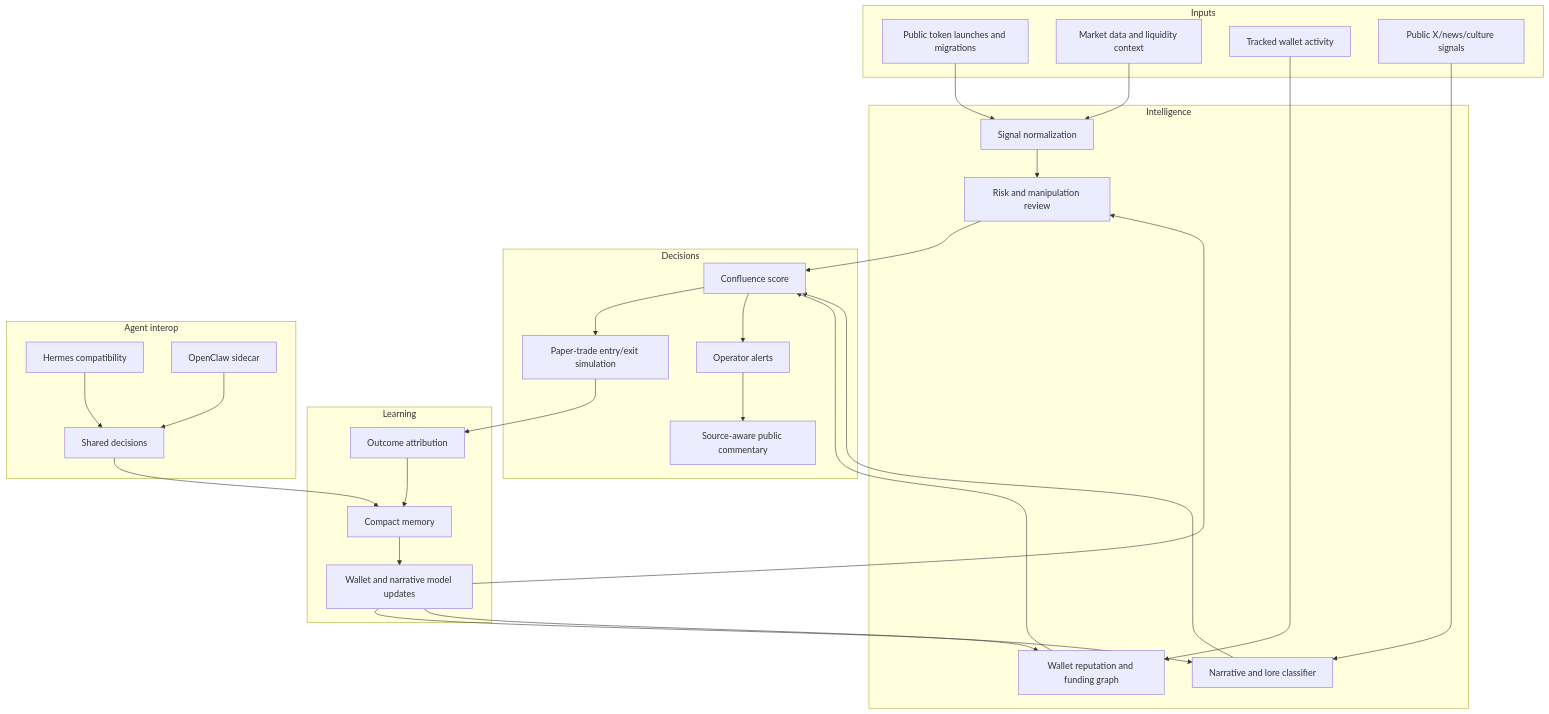
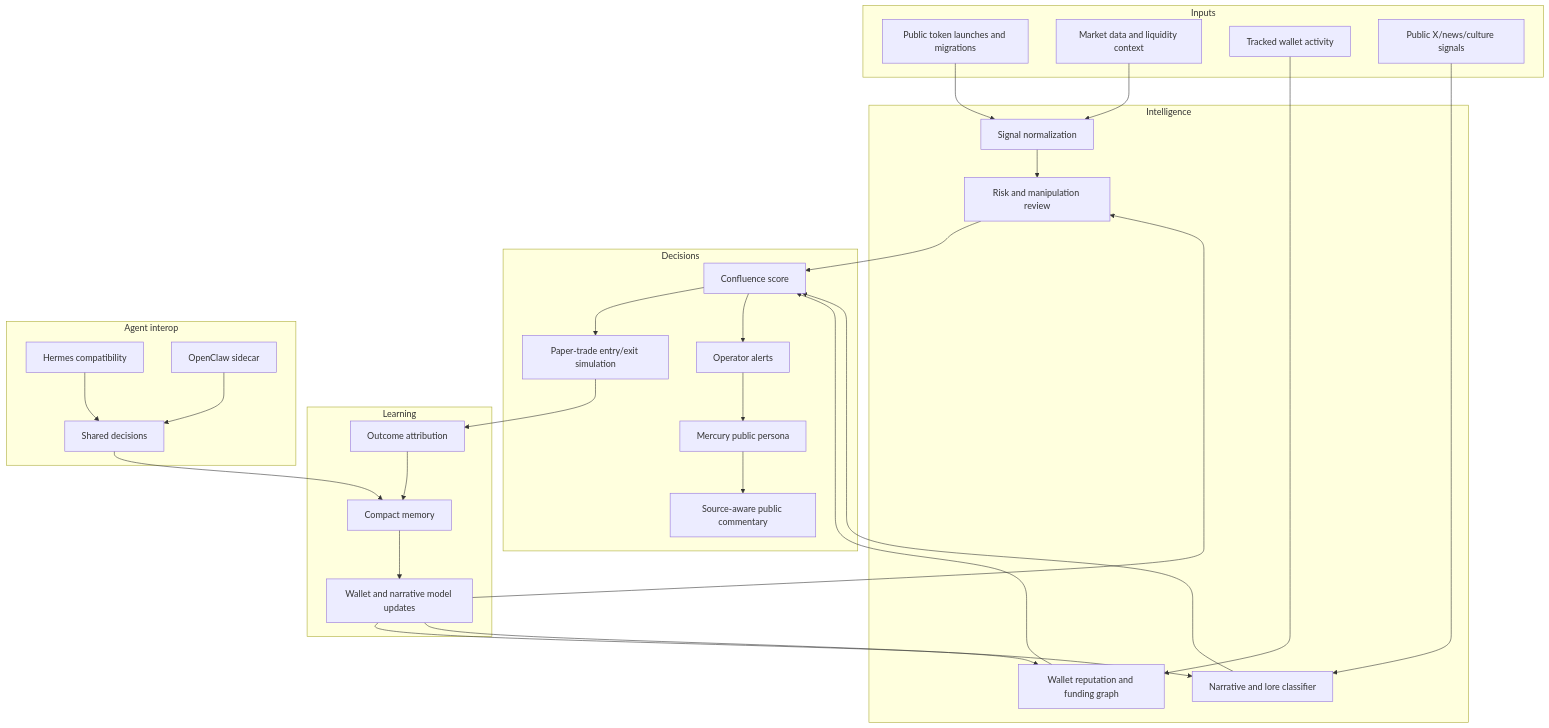
The diagram in docs/ARCHITECTURE.md (eclipseai-xx/eclipse-ai-public), drawn with Mermaid before and after one commit. The commit also changed other lines of this file and 6 other files, not shown here.

Commit message:
Document Mercury public persona

````diff
--- a/docs/ARCHITECTURE.md
+++ b/docs/ARCHITECTURE.md
@@ -9,56 +9,58 @@
 ```mermaid
 flowchart TD
   subgraph Inputs
     A["Public token launches and migrations"]
     B["Market data and liquidity context"]
     C["Tracked wallet activity"]
     D["Public X/news/culture signals"]
   end
 
   subgraph Intelligence
     E["Signal normalization"]
     F["Wallet reputation and funding graph"]
     G["Narrative and lore classifier"]
     H["Risk and manipulation review"]
   end
 
   subgraph Decisions
     I["Confluence score"]
     J["Paper-trade entry/exit simulation"]
     K["Operator alerts"]
-    L["Source-aware public commentary"]
+    L["Mercury public persona"]
+    S["Source-aware public commentary"]
   end
 
   subgraph Learning
     M["Outcome attribution"]
     N["Compact memory"]
     O["Wallet and narrative model updates"]
   end
 
   subgraph Agent_Interop["Agent interop"]
     P["Hermes compatibility"]
     Q["OpenClaw sidecar"]
     R["Shared decisions"]
   end
 
   A --> E
   B --> E
   C --> F
   D --> G
   E --> H
   F --> I
   G --> I
   H --> I
   I --> J
   I --> K
   K --> L
+  L --> S
   J --> M
   M --> N
   N --> O
   O --> F
   O --> G
   O --> H
   P --> R
   Q --> R
   R --> N
 ```
````
